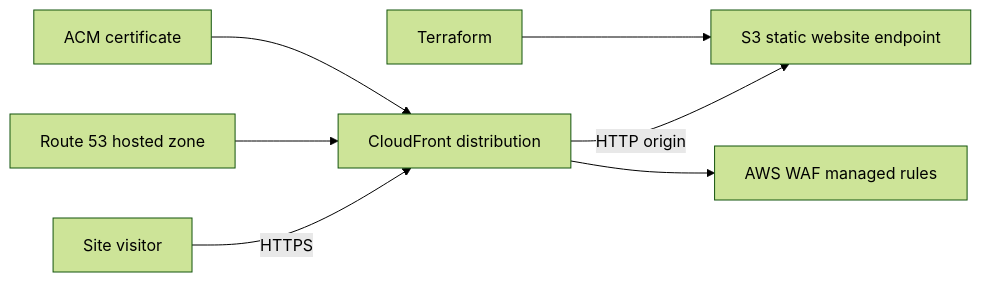
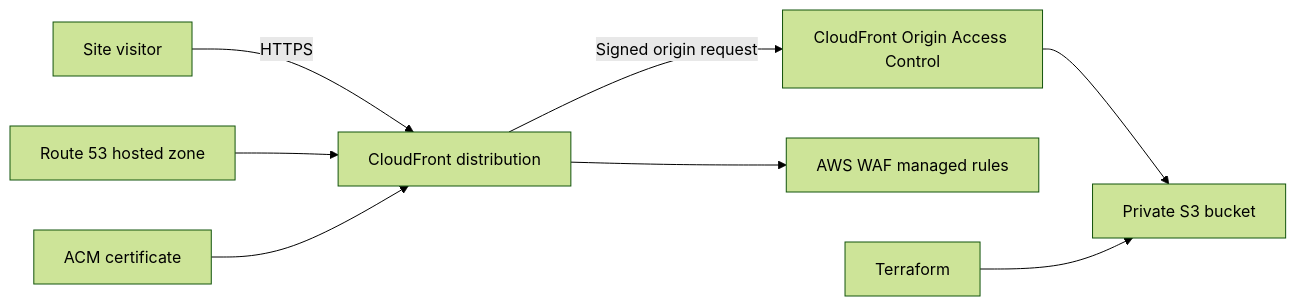
Before and after one commit to bigmanabel/terraform-aws-s3-cloudfront-static-site: the diagram in README.md, drawn with Mermaid (forest theme). The commit also changed other lines of this file and 4 other files, not shown here.

Commit message:
feat: harden CloudFront S3 origin

````diff
--- a/README.md
+++ b/README.md
@@ -22,9 +22,10 @@
 ```mermaid
 flowchart LR
     Visitor[Site visitor] -->|HTTPS| CF[CloudFront distribution]
-    CF -->|HTTP origin| S3[S3 static website endpoint]
+    CF -->|Signed origin request| OAC[CloudFront Origin Access Control]
+    OAC --> S3[Private S3 bucket]
     CF --> WAF[AWS WAF managed rules]
     DNS[Route 53 hosted zone] --> CF
     ACM[ACM certificate] --> CF
     TF[Terraform] --> S3
 ```
````
